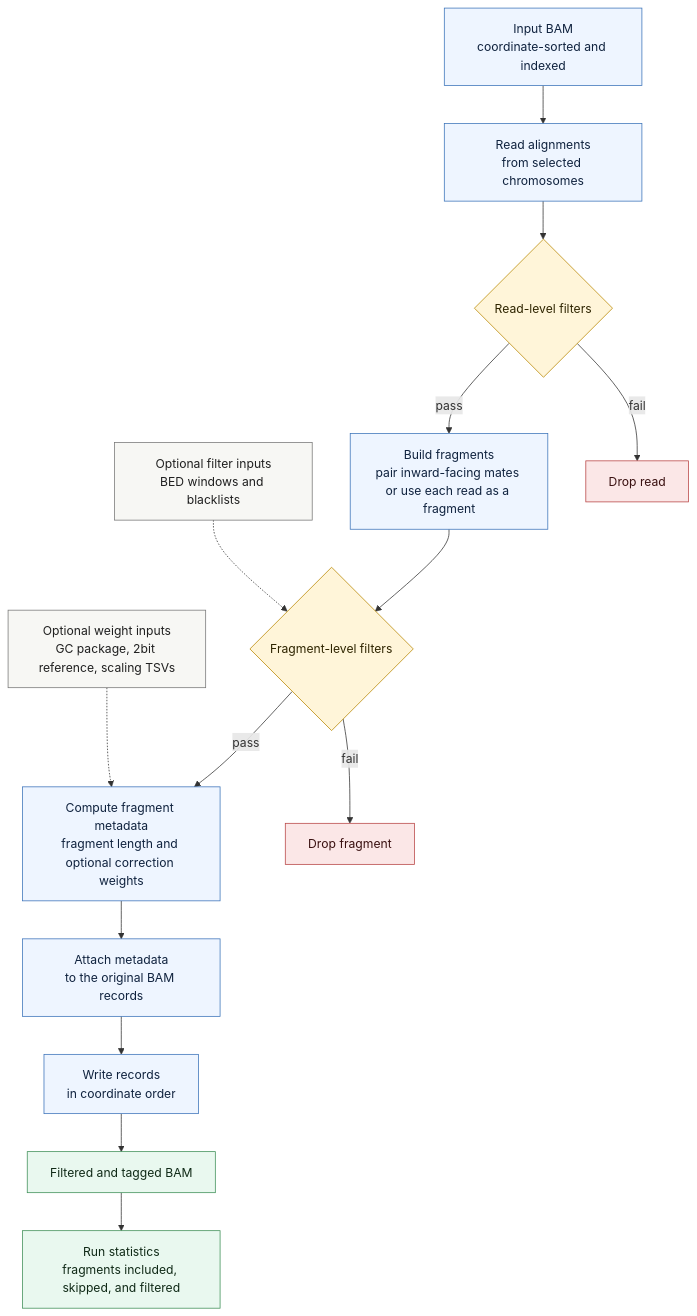
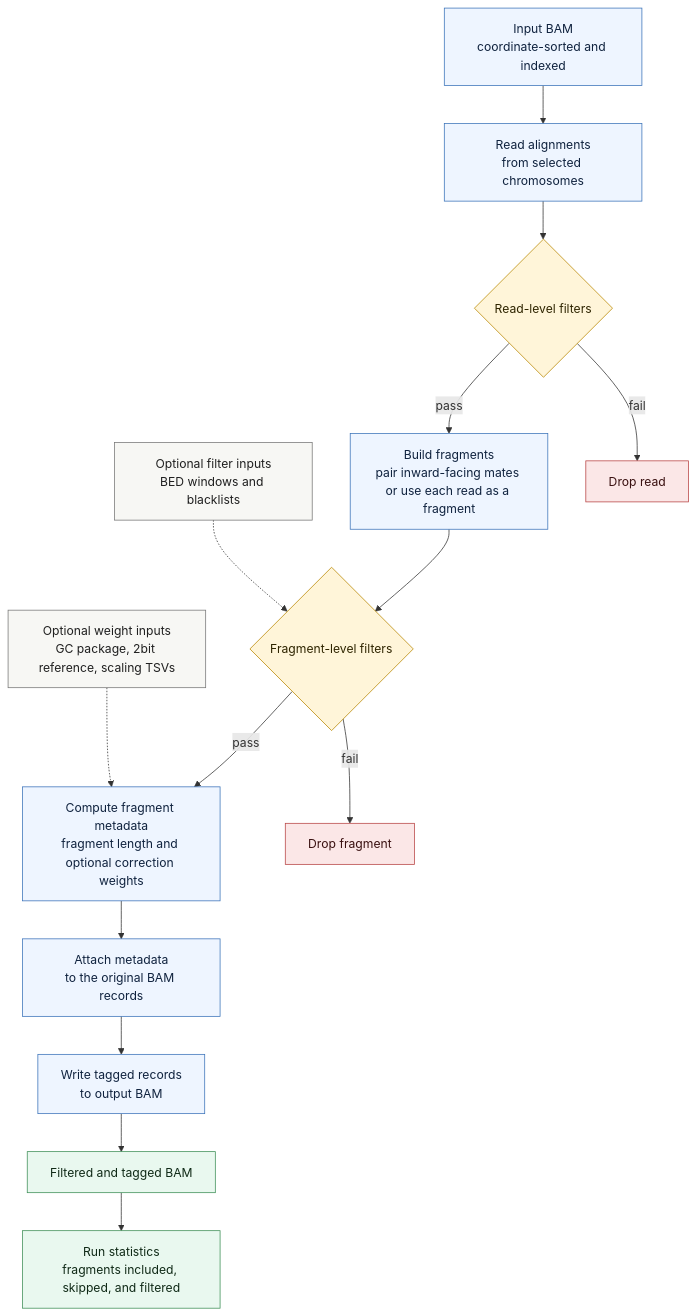
The diagram in plans_and_specs/command_pipelines/bam-to-bam.md (BesenbacherLab/cfDNAlab), drawn with Mermaid before and after one commit. The commit also changed 17 other files, not shown here.

````diff
--- a/plans_and_specs/command_pipelines/bam-to-bam.md
+++ b/plans_and_specs/command_pipelines/bam-to-bam.md
@@ -7,37 +7,37 @@
 ```mermaid
 flowchart TD
     input["Input BAM<br/>coordinate-sorted and indexed"]
     reads["Read alignments<br/>from selected chromosomes"]
     read_filter{"Read-level filters"}
     assemble["Build fragments<br/>pair inward-facing mates or use each read as a fragment"]
     fragment_filter{"Fragment-level filters"}
     weight["Compute fragment metadata<br/>fragment length and optional correction weights"]
     tag_records["Attach metadata<br/>to the original BAM records"]
-    sort_records["Write records<br/>in coordinate order"]
+    write_records["Write tagged records<br/>to output BAM"]
     final_bam["Filtered and tagged BAM"]
     stats["Run statistics<br/>fragments included, skipped, and filtered"]
 
     filter_inputs["Optional filter inputs<br/>BED windows and blacklists"]
     weight_inputs["Optional weight inputs<br/>GC package, 2bit reference, scaling TSVs"]
 
     input --> reads --> read_filter
     read_filter -- "pass" --> assemble --> fragment_filter
     read_filter -- "fail" --> dropped_read["Drop read"]
-    fragment_filter -- "pass" --> weight --> tag_records --> sort_records --> final_bam --> stats
+    fragment_filter -- "pass" --> weight --> tag_records --> write_records --> final_bam --> stats
     fragment_filter -- "fail" --> dropped_fragment["Drop fragment"]
 
     filter_inputs -.-> fragment_filter
     weight_inputs -.-> weight
 
     classDef core fill:#eef5ff,stroke:#3b73b9,color:#10233f;
     classDef optional fill:#f7f7f4,stroke:#777,color:#202020;
     classDef decision fill:#fff5d9,stroke:#b88700,color:#2f2500;
     classDef drop fill:#fbe7e7,stroke:#b84545,color:#3a1111;
     classDef output fill:#e9f8ef,stroke:#3e8f57,color:#102a17;
 
-    class input,reads,assemble,weight,tag_records,sort_records core;
+    class input,reads,assemble,weight,tag_records,write_records core;
     class filter_inputs,weight_inputs optional;
     class read_filter,fragment_filter decision;
     class dropped_read,dropped_fragment drop;
     class final_bam,stats output;
 ```
````
